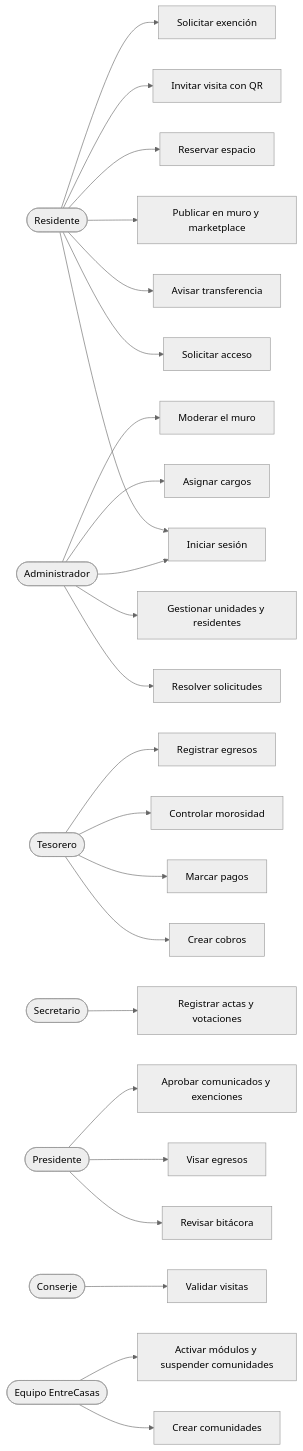
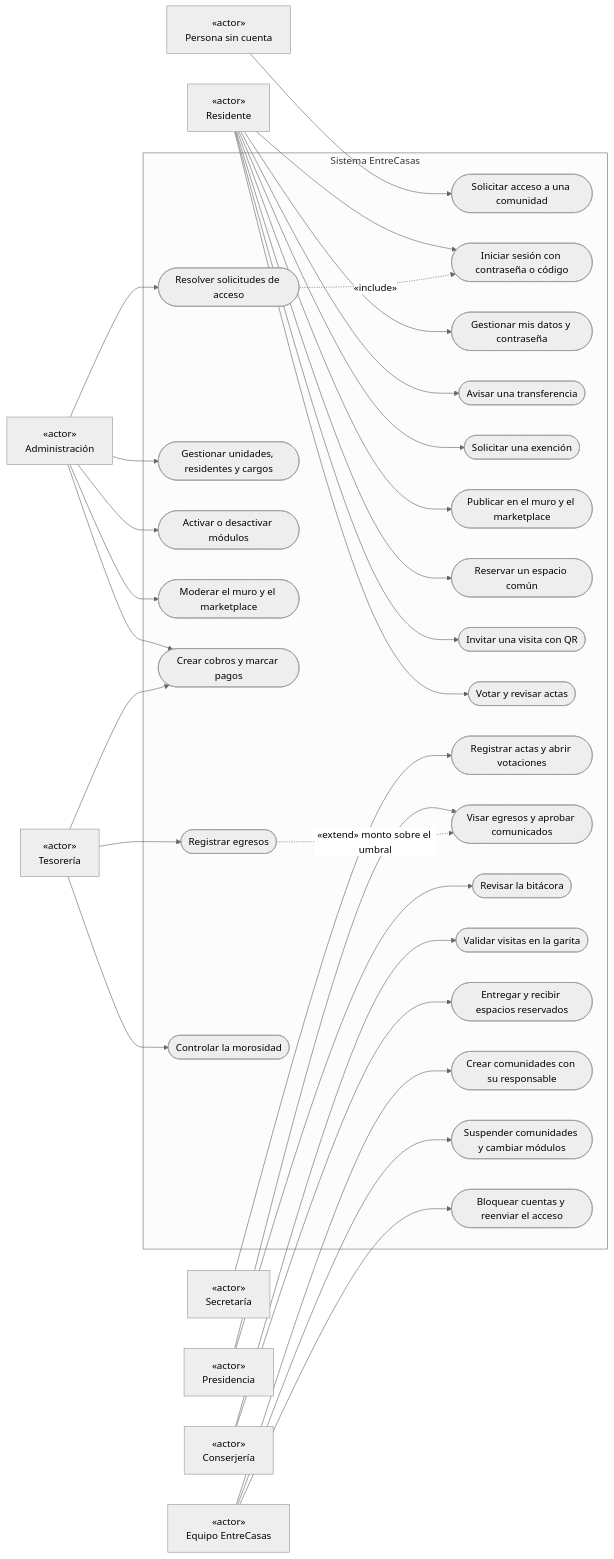
One commit to JonasMateosValenzuelaLopez/ProyectoTesis changed the first of 7 diagrams in FASE-2/Evidencias-Proyecto/Documentación/08-diagramas-uml.md. Above: the diagram before and after it, drawn with Mermaid (neutral theme). The commit also changed other lines of this file and 26 other files, not shown here.

````diff
--- a/FASE-2/Evidencias-Proyecto/Documentación/08-diagramas-uml.md
+++ b/FASE-2/Evidencias-Proyecto/Documentación/08-diagramas-uml.md
@@ -4,26 +19,66 @@
 ```mermaid
 flowchart LR
-    R([Residente]) --> CU1[Solicitar acceso]
-    R --> CU2[Iniciar sesión]
-    R --> CU3[Avisar transferencia]
-    R --> CU4[Publicar en muro y marketplace]
-    R --> CU5[Reservar espacio]
-    R --> CU6[Invitar visita con QR]
-    R --> CU16[Solicitar exención]
-    A([Administrador]) --> CU2
-    A --> CU7[Resolver solicitudes]
-    A --> CU8[Gestionar unidades y residentes]
-    A --> CU17[Asignar cargos]
-    A --> CU18[Moderar el muro]
-    T([Tesorero]) --> CU9[Crear cobros]
-    T --> CU10[Marcar pagos]
-    T --> CU11[Controlar morosidad]
-    T --> CU19[Registrar egresos]
-    S([Secretario]) --> CU12[Registrar actas y votaciones]
-    P([Presidente]) --> CU13[Revisar bitácora]
-    P --> CU14[Visar egresos]
-    P --> CU20[Aprobar comunicados y exenciones]
-    C([Conserje]) --> CU15[Validar visitas]
-    E([Equipo EntreCasas]) --> CU21[Crear comunidades]
-    E --> CU22[Activar módulos y suspender comunidades]
+    V["«actor»<br/>Persona sin cuenta"]
+    R["«actor»<br/>Residente"]
+    A["«actor»<br/>Administración"]
+    T["«actor»<br/>Tesorería"]
+    S["«actor»<br/>Secretaría"]
+    P["«actor»<br/>Presidencia"]
+    C["«actor»<br/>Conserjería"]
+    E["«actor»<br/>Equipo EntreCasas"]
+
+    subgraph Sistema EntreCasas
+        CU01([Solicitar acceso a una comunidad])
+        CU02([Iniciar sesión con contraseña o código])
+        CU03([Gestionar mis datos y contraseña])
+        CU04([Avisar una transferencia])
+        CU05([Solicitar una exención])
+        CU06([Publicar en el muro y el marketplace])
+        CU07([Reservar un espacio común])
+        CU08([Invitar una visita con QR])
+        CU09([Votar y revisar actas])
+        CU10([Resolver solicitudes de acceso])
+        CU11([Gestionar unidades, residentes y cargos])
+        CU12([Activar o desactivar módulos])
+        CU13([Moderar el muro y el marketplace])
+        CU14([Crear cobros y marcar pagos])
+        CU15([Registrar egresos])
+        CU16([Controlar la morosidad])
+        CU17([Registrar actas y abrir votaciones])
+        CU18([Visar egresos y aprobar comunicados])
+        CU19([Revisar la bitácora])
+        CU20([Validar visitas en la garita])
+        CU21([Entregar y recibir espacios reservados])
+        CU22([Crear comunidades con su responsable])
+        CU23([Suspender comunidades y cambiar módulos])
+        CU24([Bloquear cuentas y reenviar el acceso])
+    end
+
+    V --> CU01
+    R --> CU02
+    R --> CU03
+    R --> CU04
+    R --> CU05
+    R --> CU06
+    R --> CU07
+    R --> CU08
+    R --> CU09
+    A --> CU10
+    A --> CU11
+    A --> CU12
+    A --> CU13
+    A --> CU14
+    T --> CU14
+    T --> CU15
+    T --> CU16
+    S --> CU17
+    P --> CU18
+    P --> CU19
+    C --> CU20
+    C --> CU21
+    E --> CU22
+    E --> CU23
+    E --> CU24
+    CU10 -.->|«include»| CU02
+    CU15 -.->|«extend» monto sobre el umbral| CU18
 ```
````
